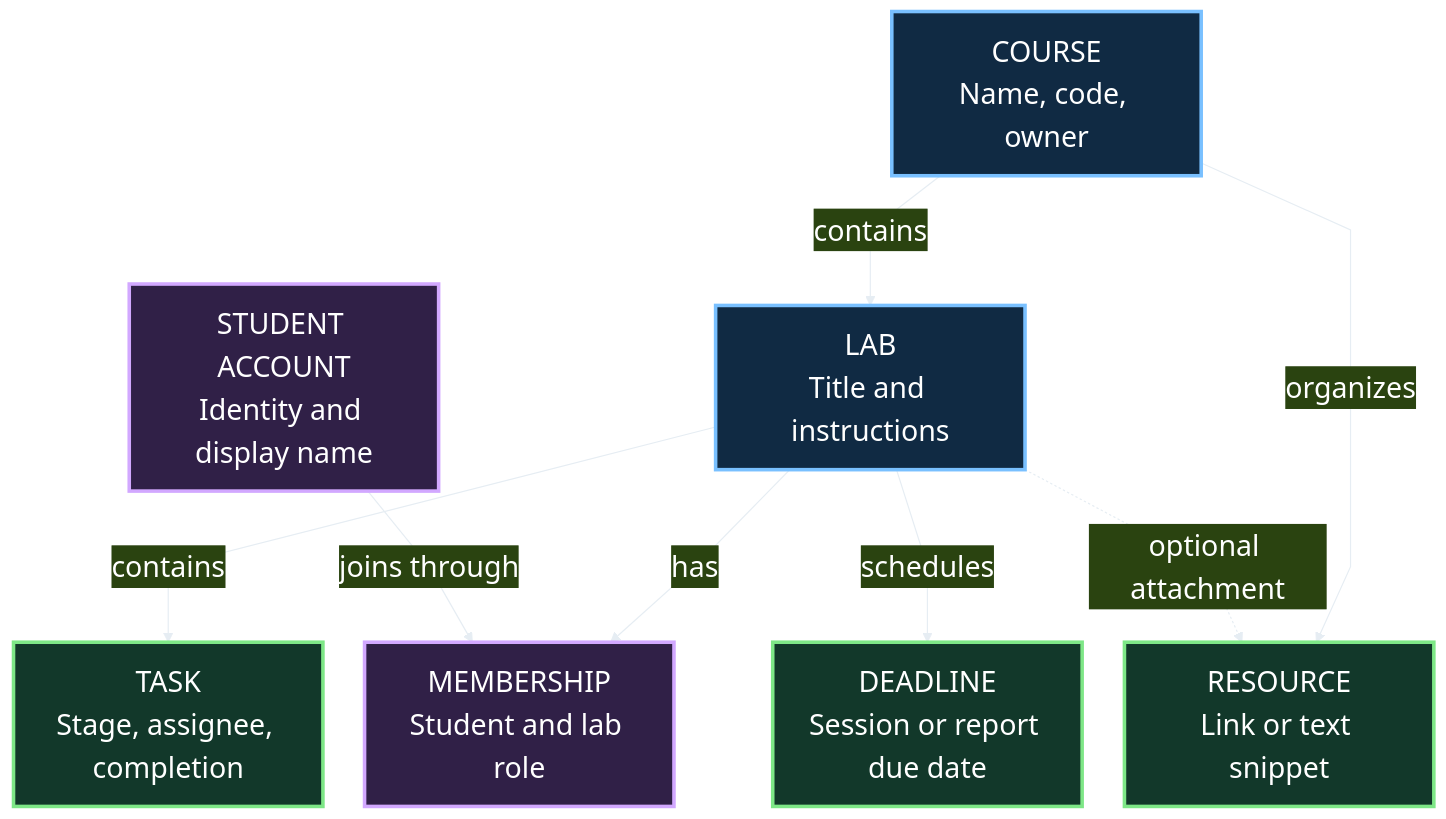
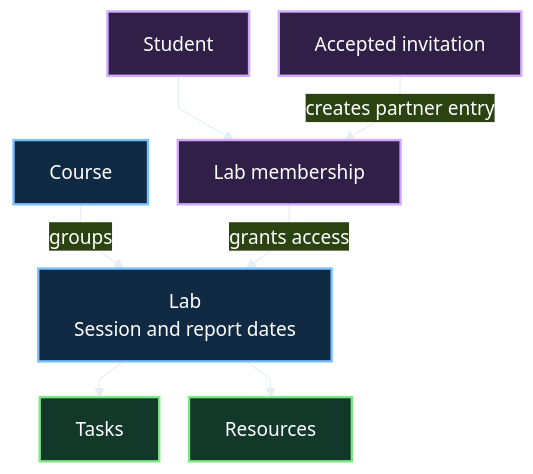
The third of 5 diagrams in PLAN.md (yumnasiddqui/Project-Sprint-Lab-Report-Buddy), drawn with Mermaid before and after one commit. The commit also changed other lines of this file, not shown here.

Commit message:
Revise LabBuddy plan for Cloudflare and team coursework

````diff
--- a/PLAN.md
+++ b/PLAN.md
@@ -130,26 +220,18 @@
 ```mermaid
-%%{init: {"theme":"base","themeVariables":{"background":"#0D1117","primaryColor":"#102A43","primaryTextColor":"#FFFFFF","primaryBorderColor":"#58A6FF","lineColor":"#E6EDF3","fontSize":"24px","fontFamily":"Arial"},"flowchart":{"htmlLabels":true,"curve":"linear","nodeSpacing":35,"rankSpacing":55}}}%%
+%%{init: {"theme":"base","themeVariables":{"background":"#0D1117","primaryColor":"#102A43","primaryTextColor":"#FFFFFF","primaryBorderColor":"#79C0FF","lineColor":"#E6EDF3","fontSize":"16px","fontFamily":"Arial"},"flowchart":{"htmlLabels":true,"curve":"linear","nodeSpacing":25,"rankSpacing":30}}}%%
 flowchart TD
-    accTitle: LabBuddy data relationships
-    accDescr: Courses contain labs and resources. Labs contain memberships, tasks, and deadlines. Memberships connect student accounts to labs. Resources can optionally belong to one lab in their course.
-    A["COURSE<br/>Name, code, owner"]
-    B["LAB<br/>Title and instructions"]
-    C["MEMBERSHIP<br/>Student and lab role"]
-    D["TASK<br/>Stage, assignee, completion"]
-    E["DEADLINE<br/>Session or report due date"]
-    F["RESOURCE<br/>Link or text snippet"]
-    G["STUDENT ACCOUNT<br/>Identity and display name"]
-    A -->|"contains"| B
-    A -->|"organizes"| F
-    B -->|"has"| C
-    G -->|"joins through"| C
-    B -->|"contains"| D
-    B -->|"schedules"| E
-    B -.->|"optional attachment"| F
-    classDef blue fill:#102A43,stroke:#79C0FF,color:#FFFFFF,stroke-width:3px;
-    classDef purple fill:#302047,stroke:#D2A8FF,color:#FFFFFF,stroke-width:3px;
-    classDef green fill:#12382A,stroke:#7EE787,color:#FFFFFF,stroke-width:3px;
+    accTitle: Database relationships
+    accDescr: Courses group labs. Labs have tasks and resources. Student membership grants lab access. Accepted invitations create partner membership.
+    A["Course"] -->|"groups"| B["Lab<br/>Session and report dates"]
+    B --> C["Tasks"]
+    B --> D["Resources"]
+    E["Student"] --> F["Lab membership"]
+    F -->|"grants access"| B
+    G["Accepted invitation"] -->|"creates partner entry"| F
+    classDef blue fill:#102A43,stroke:#79C0FF,color:#FFFFFF,stroke-width:2px;
+    classDef purple fill:#302047,stroke:#D2A8FF,color:#FFFFFF,stroke-width:2px;
+    classDef green fill:#12382A,stroke:#7EE787,color:#FFFFFF,stroke-width:2px;
     class A,B blue;
-    class C,G purple;
-    class D,E,F green;
+    class E,F,G purple;
+    class C,D green;
 ```
````
